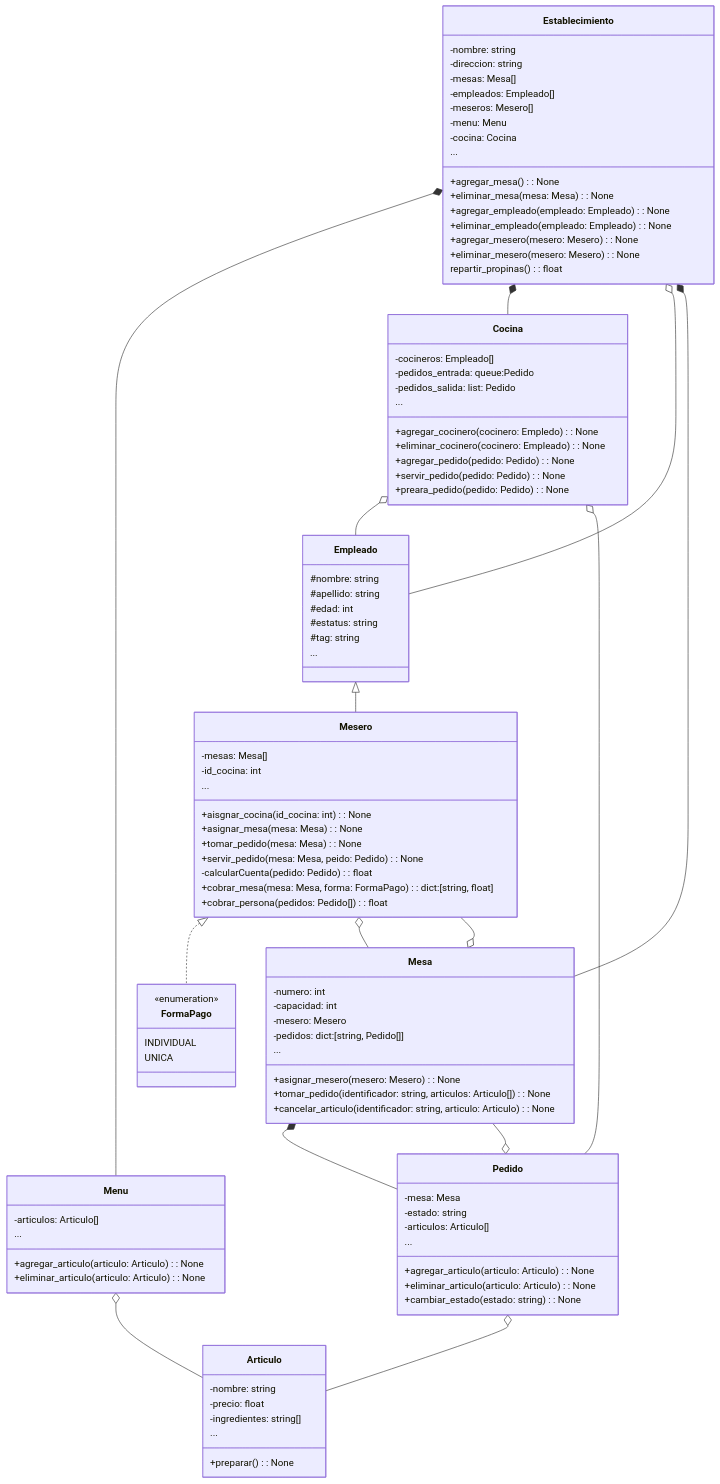
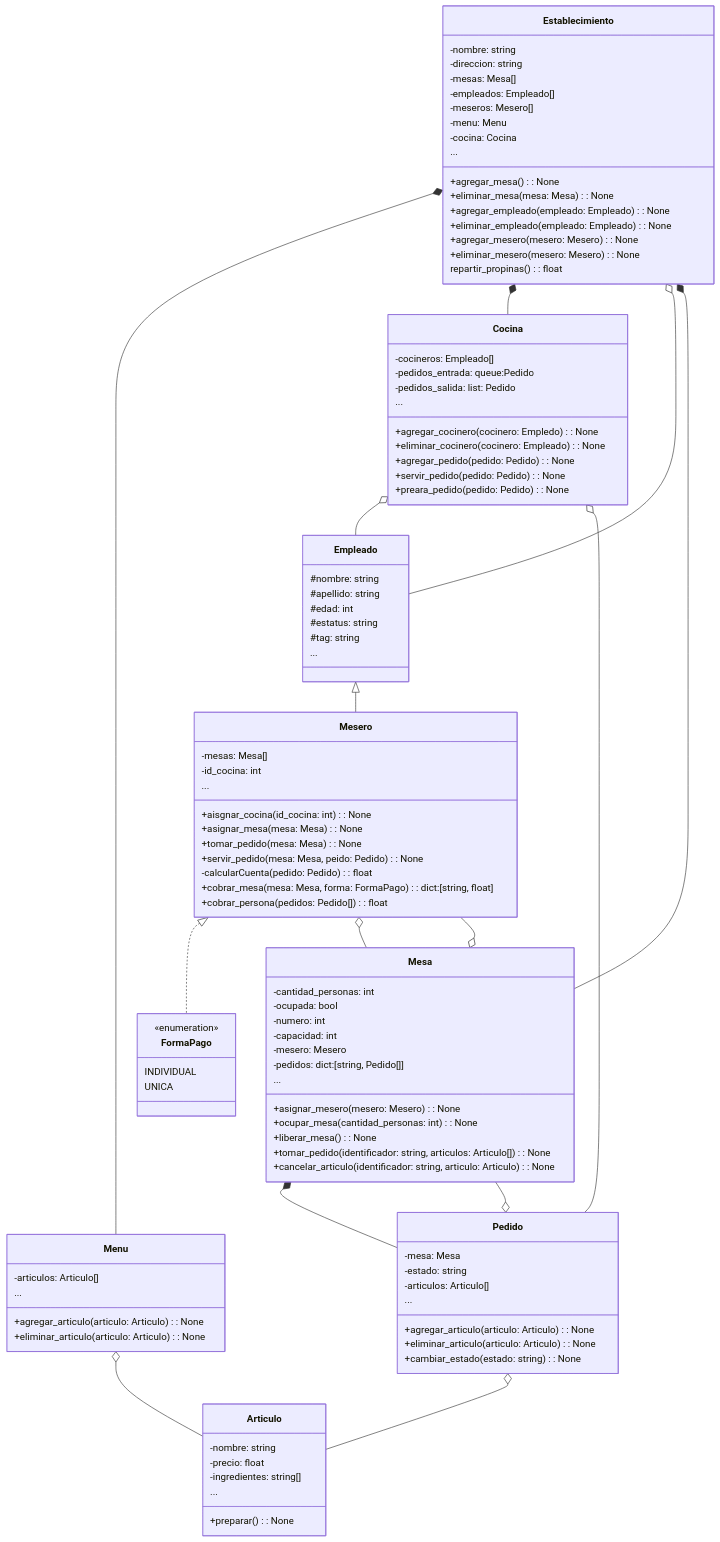
The diagram in UML.md (joseAcevesG/SOFT_RESTAURANT), drawn with Mermaid before and after one commit.

Commit message:
UML 1.12

```diff
--- a/UML.md
+++ b/UML.md
@@ -63,11 +63,15 @@
     }
 
     class Mesa{
+        -cantidad_personas: int
+        -ocupada: bool
         -numero: int
         -capacidad: int
         -mesero: Mesero
         -pedidos: dict:[string, Pedido[]]
         +asignar_mesero(mesero: Mesero): None
+        +ocupar_mesa(cantidad_personas: int): None
+        +liberar_mesa(): None
         +tomar_pedido(identificador: string, articulos: Articulo[]): None
         +cancelar_articulo(identificador: string, articulo: Articulo): None
         ...
```
